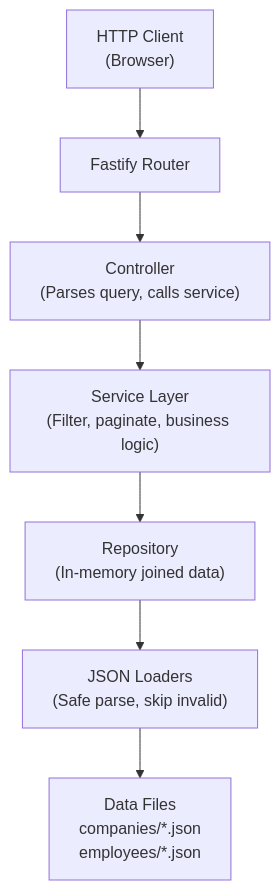
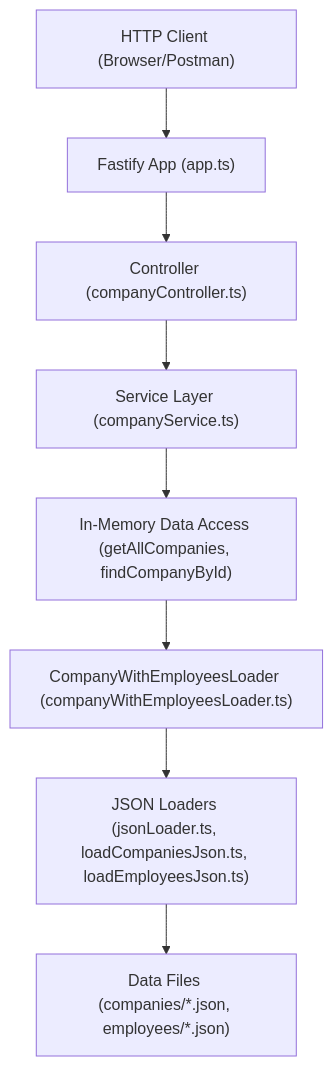
The diagram in README.md (Nartuom/company-api-demo), drawn with Mermaid before and after one commit.

Commit message:
correct architecture diagram to account for refactor

````diff
--- a/README.md
+++ b/README.md
@@ -103,11 +103,12 @@
 ```mermaid
 flowchart TD
 
-Client["HTTP Client<br/>(Browser)"] --> Fastify["Fastify Router"]
-Fastify --> Controller["Controller<br/>(Parses query, calls service)"]
-Controller --> Service["Service Layer<br/>(Filter, paginate, business logic)"]
-Service --> Repo["Repository<br/>(In-memory joined data)"]
-Repo --> Loader["JSON Loaders<br/>(Safe parse, skip invalid)"]
-Loader --> Files["Data Files<br/>companies/*.json<br/>employees/*.json"]
+Client["HTTP Client (Browser/Postman)"] --> App["Fastify App (app.ts)"]
+App --> Controller["Controller (companyController.ts)"]
+Controller --> Service["Service Layer (companyService.ts)"]
+Service --> Data["In-Memory Data Access (getAllCompanies, findCompanyById)"]
+Data --> CWE["CompanyWithEmployeesLoader (companyWithEmployeesLoader.ts)"]
+CWE --> Loaders["JSON Loaders (jsonLoader.ts, loadCompaniesJson.ts, loadEmployeesJson.ts)"]
+Loaders --> Files["Data Files (companies/*.json, employees/*.json)"]
 
 ```
````
